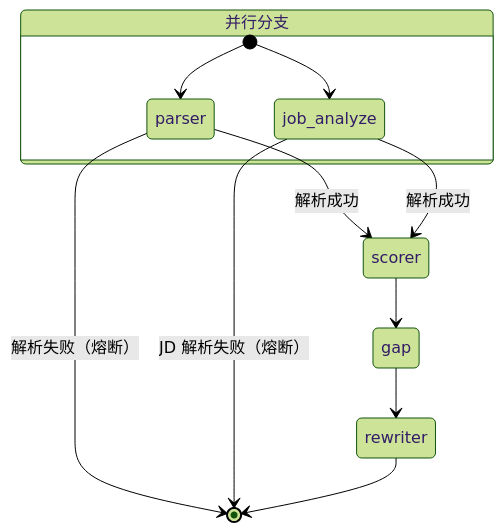
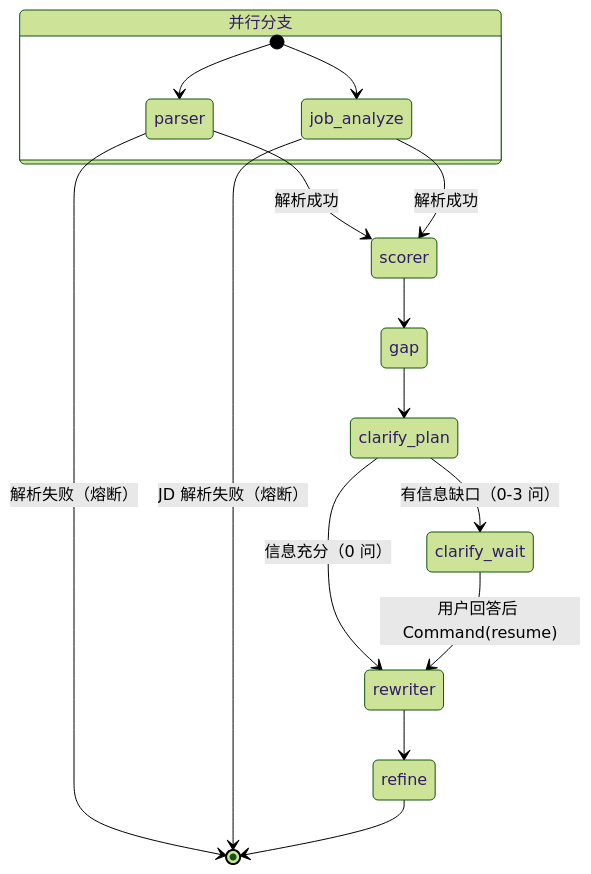
Before and after one commit to xuyi19/resumatch-ai: the fourth of 5 diagrams in docs/ResuMatch-AI-技术说明文档.md, drawn with Mermaid (forest theme). The commit also changed other lines of this file and 12 other files, not shown here.

````diff
--- a/docs/ResuMatch-AI-技术说明文档.md
+++ b/docs/ResuMatch-AI-技术说明文档.md
@@ -421,14 +423,18 @@
 ```mermaid
 stateDiagram-v2
     state "并行分支" as par {
         [*] --> parser
         [*] --> job_analyze
     }
     parser --> scorer: 解析成功
     job_analyze --> scorer: 解析成功
     parser --> [*]: 解析失败（熔断）
     job_analyze --> [*]: JD 解析失败（熔断）
     scorer --> gap
-    gap --> rewriter
-    rewriter --> [*]
+    gap --> clarify_plan
+    clarify_plan --> clarify_wait: 有信息缺口（0-3 问）
+    clarify_plan --> rewriter: 信息充分（0 问）
+    clarify_wait --> rewriter: 用户回答后 Command(resume)
+    rewriter --> refine
+    refine --> [*]
 ```
````
